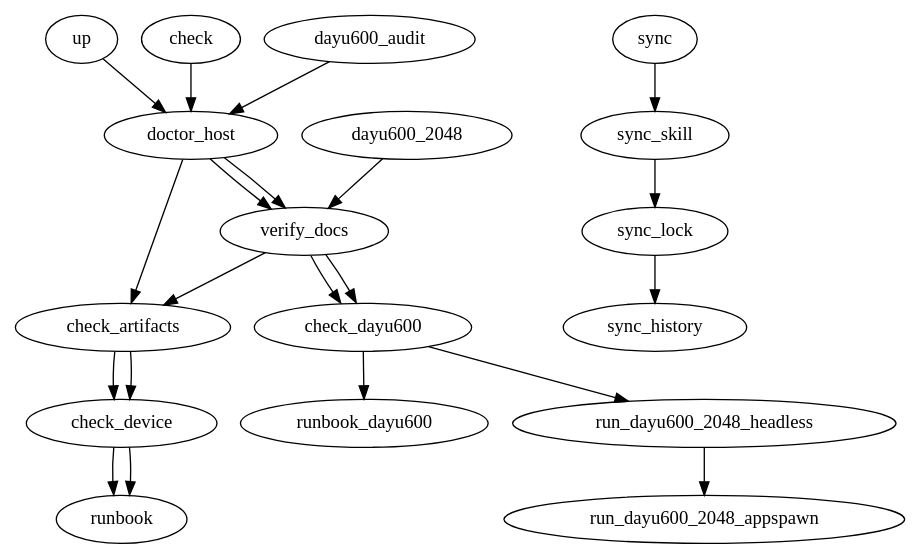
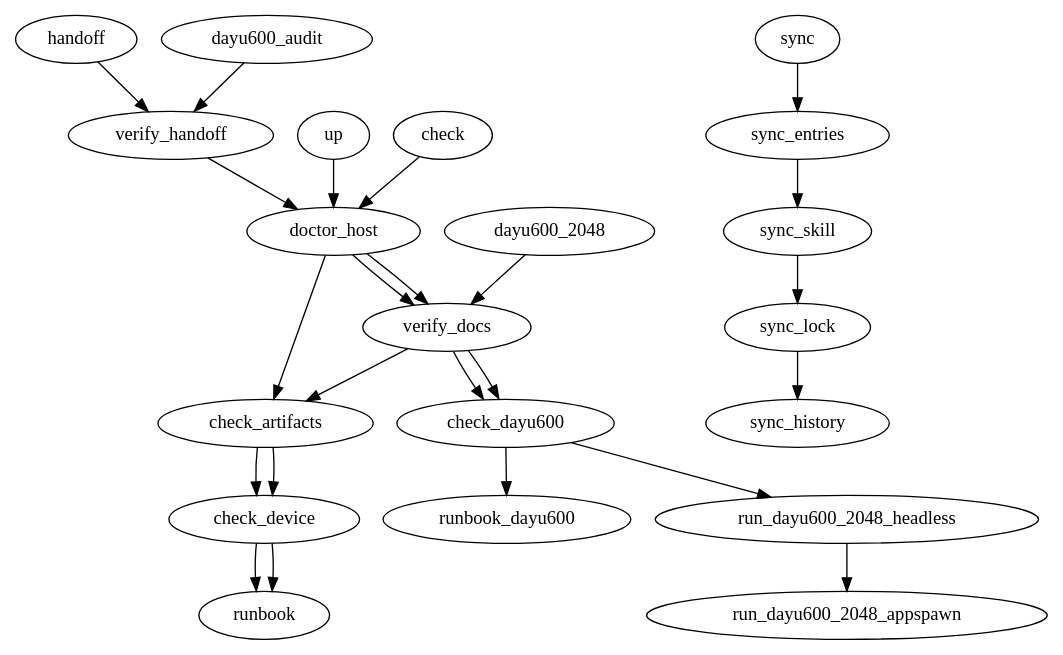
One commit to BH3GEI/westlake-piercing changed the diagram in REPO_PIPELINE.dot. Above: the diagram before and after it, drawn with Graphviz. The commit also changed 40 other files, not shown here.

```diff
--- a/REPO_PIPELINE.dot
+++ b/REPO_PIPELINE.dot
@@ -1,107 +1,125 @@
 digraph westlake_repo_skill {
   graph [
     skill="westlake-piercing",
-    version="0.1",
+    version="0.2",
     default_runner=".repo-skill/src/dot_runner.py"
+  ];
+
+  handoff [
+    type="workflow",
+    record="false",
+    steps="verify_handoff"
   ];
 
   up [
     type="workflow",
     steps="doctor_host check_artifacts check_device runbook"
   ];
 
   check [
     type="workflow",
     steps="doctor_host verify_docs check_artifacts check_device runbook"
   ];
 
   dayu600_audit [
     type="workflow",
-    steps="doctor_host verify_docs check_dayu600 runbook_dayu600"
+    steps="verify_handoff doctor_host verify_docs check_dayu600 runbook_dayu600"
   ];
 
   dayu600_2048 [
     type="workflow",
     steps="verify_docs check_dayu600 run_dayu600_2048_headless run_dayu600_2048_appspawn"
   ];
 
   sync [
     type="workflow",
-    steps="sync_skill sync_lock sync_history"
+    steps="sync_entries sync_skill sync_lock sync_history"
+  ];
+
+  verify_handoff [
+    kind="cmd",
+    cmd="python3 -B .repo-skill/src/westlake_checks.py handoff",
+    purpose="read-only check of role entries, bounded state, task/board locks, frontier card, and Git worktree"
   ];
 
   doctor_host [
     kind="cmd",
     cmd="python3 .repo-skill/src/westlake_checks.py host",
     purpose="check host tools and reference paths"
   ];
 
   verify_docs [
     kind="cmd",
     cmd="python3 .repo-skill/src/westlake_checks.py docs",
     purpose="check that the reproduction docs and lock files are present"
   ];
 
   check_artifacts [
     kind="cmd",
     cmd="python3 .repo-skill/src/westlake_checks.py artifacts",
     purpose="check external binary baseline or rebuild inputs"
   ];
 
   check_device [
     kind="cmd",
     cmd="python3 .repo-skill/src/westlake_checks.py device",
     purpose="check DAYU200/RK3568 hdc reachability"
   ];
 
   check_dayu600 [
     kind="cmd",
     cmd="python3 .repo-skill/src/westlake_checks.py dayu600",
     purpose="check DAYU600/uis7885 hdc reachability and non-mutating substrate facts"
   ];
 
   runbook [
     kind="cmd",
     cmd="python3 .repo-skill/src/westlake_checks.py runbook",
     purpose="print the next replay documents and validation target"
   ];
 
   runbook_dayu600 [
     kind="cmd",
     cmd="python3 .repo-skill/src/westlake_checks.py runbook-dayu600",
     purpose="print the DAYU600 porting runbook and safety rules"
   ];
 
   run_dayu600_2048_headless [
     kind="cmd",
     cmd="python3 .repo-skill/src/westlake_checks.py dayu600-2048-headless",
     purpose="run the real 2048 APK MainActivity and game-model probe under standalone DAYU600 ART"
   ];
 
   run_dayu600_2048_appspawn [
     kind="cmd",
     cmd="python3 .repo-skill/src/westlake_checks.py dayu600-2048-appspawn",
     purpose="run the real 2048 APK onCreate probe inside the temporary AppSpawnX app child"
   ];
 
   sync_skill [
     kind="agent",
     purpose="update REPO_SKILL.md and .repo-skill/SKILL.md if project knowledge changed"
   ];
 
+  sync_entries [
+    kind="agent",
+    purpose="keep AGENTS.md, CLAUDE.md, and both westlake-repo skill adapters aligned"
+  ];
+
   sync_lock [
     kind="agent",
     purpose="update REPO_LOCK.toml if versions, hashes, hardware, tools, or artifacts changed"
   ];
 
   sync_history [
     kind="agent",
     purpose="append REPO_HISTORY.dot and .repo-skill/turns/<change>.md before commit"
   ];
 
+  handoff -> verify_handoff;
   up -> doctor_host -> check_artifacts -> check_device -> runbook;
   check -> doctor_host -> verify_docs -> check_artifacts -> check_device -> runbook;
-  dayu600_audit -> doctor_host -> verify_docs -> check_dayu600 -> runbook_dayu600;
+  dayu600_audit -> verify_handoff -> doctor_host -> verify_docs -> check_dayu600 -> runbook_dayu600;
   dayu600_2048 -> verify_docs -> check_dayu600 -> run_dayu600_2048_headless -> run_dayu600_2048_appspawn;
-  sync -> sync_skill -> sync_lock -> sync_history;
+  sync -> sync_entries -> sync_skill -> sync_lock -> sync_history;
 }
```
